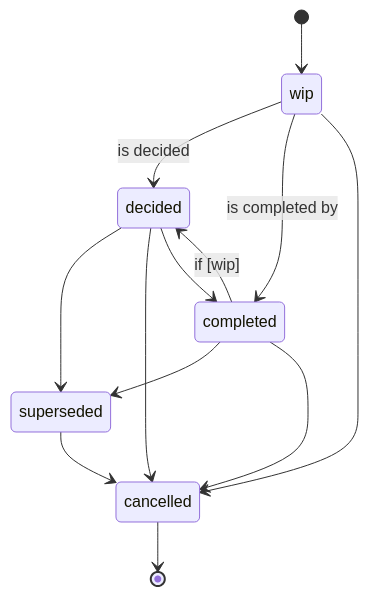
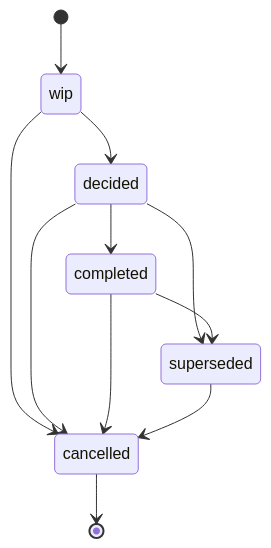
The diagram in docs/state-diagram.mermaid (omallassi/adrust), drawn with Mermaid before and after one commit. The commit also changed 13 other files, not shown here.

```diff
--- a/docs/state-diagram.mermaid
+++ b/docs/state-diagram.mermaid
@@ -1,20 +1,16 @@
 <div class="mermaid">
 stateDiagram
 	[*] --> wip
-	wip --> decided: is decided
-    decided --> superseded
-    cancelled --> [*]
+	wip --> decided
+	wip --> cancelled
 
 	decided --> cancelled
+	decided --> completed
+	decided --> superseded
+	
+	completed --> superseded
+	completed --> cancelled
 
-	wip --> completed: is completed by
-	decided --> completed
-	completed --> decided: if [wip]
-
-	wip --> cancelled
-
-	completed --> superseded
-
-	completed --> cancelled
 	superseded --> cancelled
+	cancelled --> [*]
 </div>
```
